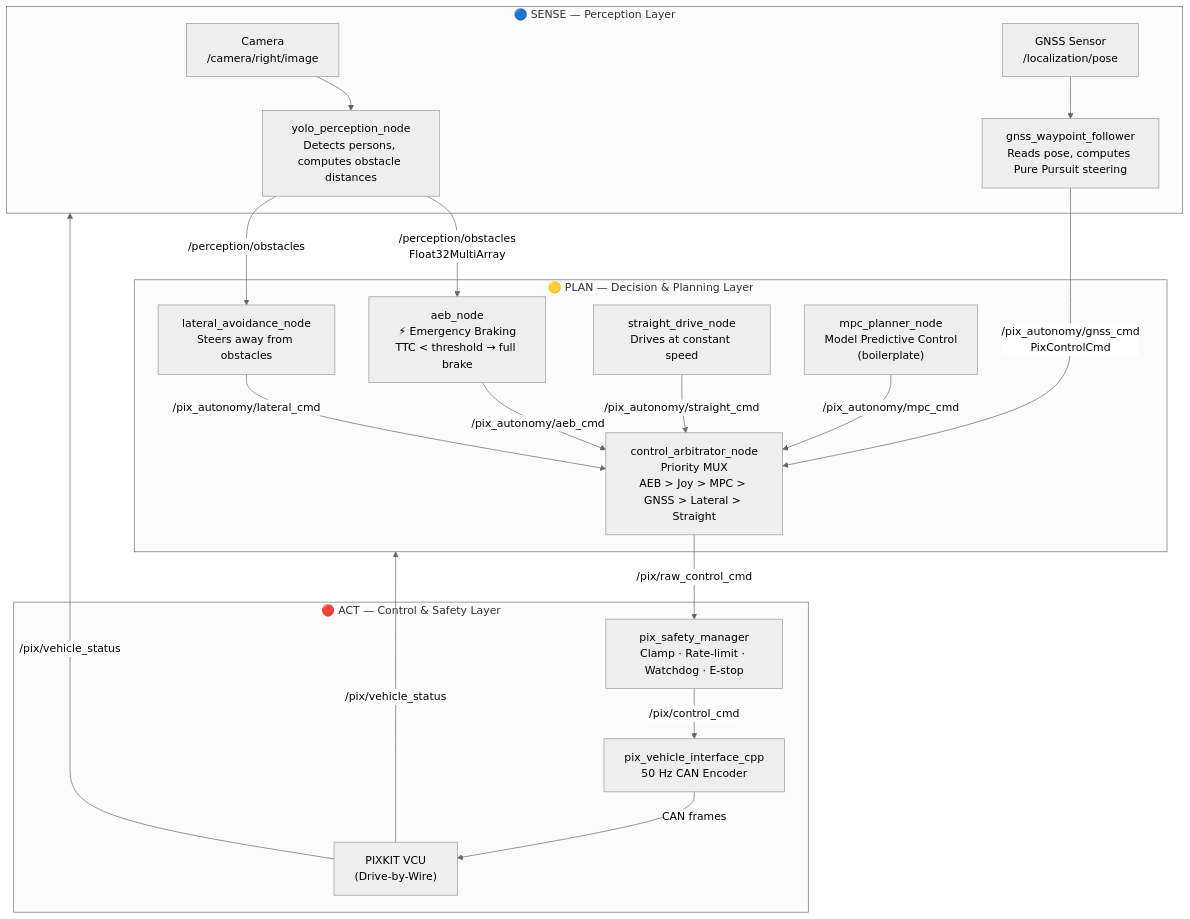
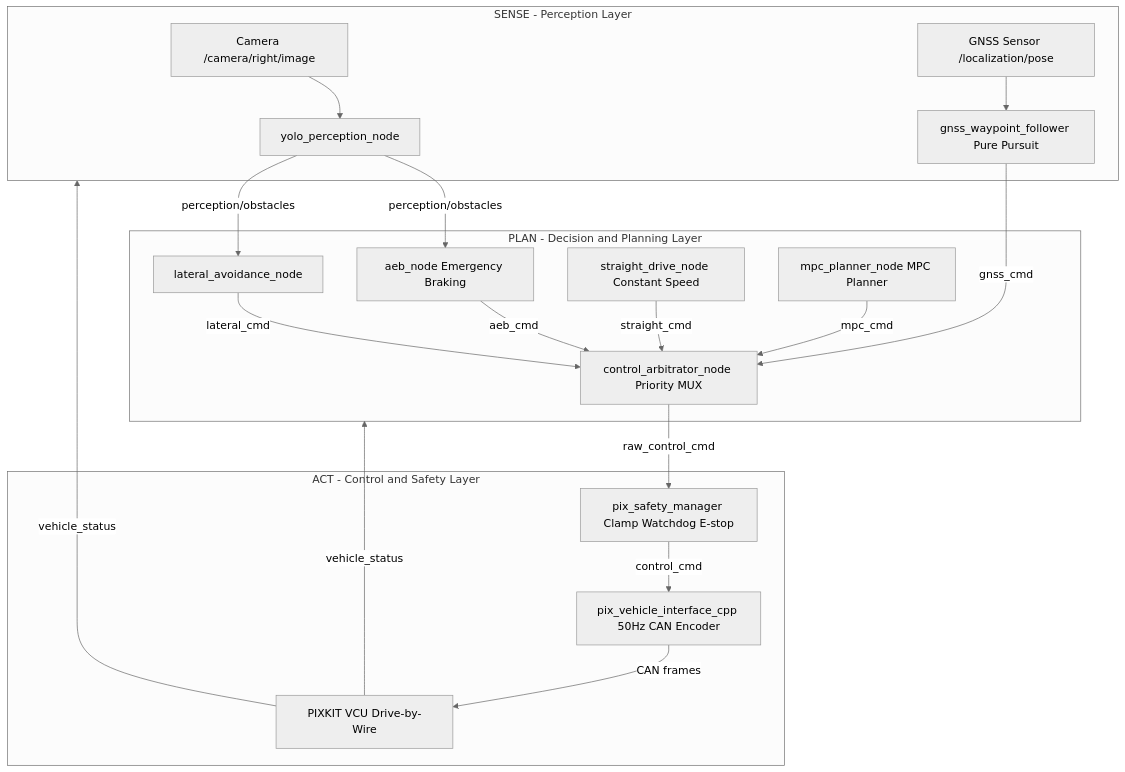
One commit to manish-gupta-in/pix_control_framework changed the diagram in pix_autonomy_architecture.md. Above: the diagram before and after it, drawn with Mermaid (neutral theme). The commit also changed 1 other file, not shown here.

Commit message:
fix: GitHub-compatible Mermaid diagrams — remove unicode, bidir arrows, \n labels

````diff
--- a/pix_autonomy_architecture.md
+++ b/pix_autonomy_architecture.md
@@ -36,29 +36,29 @@
 ```mermaid
 flowchart TD
-    subgraph SENSE["🔵 SENSE — Perception Layer"]
-        CAM["Camera\n/camera/right/image"]
-        GNSS_HW["GNSS Sensor\n/localization/pose"]
-        CAM --> YOLO["yolo_perception_node\nDetects persons, computes obstacle distances"]
-        GNSS_HW --> GNSS_NODE["gnss_waypoint_follower\nReads pose, computes Pure Pursuit steering"]
+    subgraph SENSE["SENSE - Perception Layer"]
+        CAM["Camera /camera/right/image"]
+        GNSS_HW["GNSS Sensor /localization/pose"]
+        CAM --> YOLO["yolo_perception_node"]
+        GNSS_HW --> GNSS_NODE["gnss_waypoint_follower Pure Pursuit"]
     end
 
-    subgraph PLAN["🟡 PLAN — Decision & Planning Layer"]
-        YOLO -->|/perception/obstacles\nFloat32MultiArray| AEB["aeb_node\n⚡ Emergency Braking\nTTC < threshold → full brake"]
-        YOLO -->|/perception/obstacles| LAT["lateral_avoidance_node\nSteers away from obstacles"]
-        GNSS_NODE -->|/pix_autonomy/gnss_cmd\nPixControlCmd| ARBAUTO
-        STRAIGHT["straight_drive_node\nDrives at constant speed"] -->|/pix_autonomy/straight_cmd| ARBAUTO
-        MPC["mpc_planner_node\nModel Predictive Control\n(boilerplate)"] -->|/pix_autonomy/mpc_cmd| ARBAUTO
-        AEB -->|/pix_autonomy/aeb_cmd| ARBAUTO
-        LAT -->|/pix_autonomy/lateral_cmd| ARBAUTO
+    subgraph PLAN["PLAN - Decision and Planning Layer"]
+        YOLO -->|perception/obstacles| AEB["aeb_node Emergency Braking"]
+        YOLO -->|perception/obstacles| LAT["lateral_avoidance_node"]
+        GNSS_NODE -->|gnss_cmd| ARBAUTO
+        STRAIGHT["straight_drive_node Constant Speed"] -->|straight_cmd| ARBAUTO
+        MPC["mpc_planner_node MPC Planner"] -->|mpc_cmd| ARBAUTO
+        AEB -->|aeb_cmd| ARBAUTO
+        LAT -->|lateral_cmd| ARBAUTO
     end
 
-    subgraph ACT["🔴 ACT — Control & Safety Layer"]
-        ARBAUTO["control_arbitrator_node\nPriority MUX\nAEB > Joy > MPC > GNSS > Lateral > Straight"]
-        ARBAUTO -->|/pix/raw_control_cmd| SAFE["pix_safety_manager\nClamp · Rate-limit · Watchdog · E-stop"]
-        SAFE -->|/pix/control_cmd| IFACE["pix_vehicle_interface_cpp\n50 Hz CAN Encoder"]
-        IFACE -->|CAN frames| VCU["PIXKIT VCU\n(Drive-by-Wire)"]
+    subgraph ACT["ACT - Control and Safety Layer"]
+        ARBAUTO["control_arbitrator_node Priority MUX"]
+        ARBAUTO -->|raw_control_cmd| SAFE["pix_safety_manager Clamp Watchdog E-stop"]
+        SAFE -->|control_cmd| IFACE["pix_vehicle_interface_cpp 50Hz CAN Encoder"]
+        IFACE -->|CAN frames| VCU["PIXKIT VCU Drive-by-Wire"]
     end
 
-    VCU -->|/pix/vehicle_status| SENSE
-    VCU -->|/pix/vehicle_status| PLAN
+    VCU -->|vehicle_status| SENSE
+    VCU -->|vehicle_status| PLAN
 ```
````
